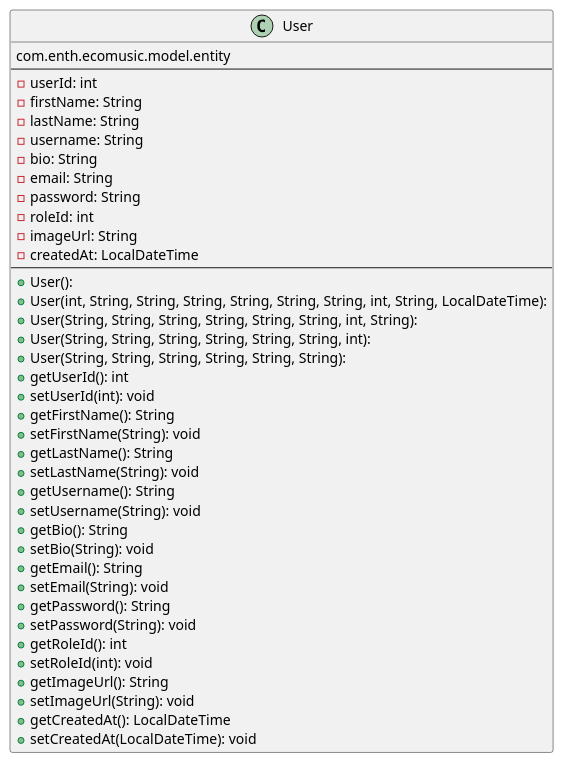
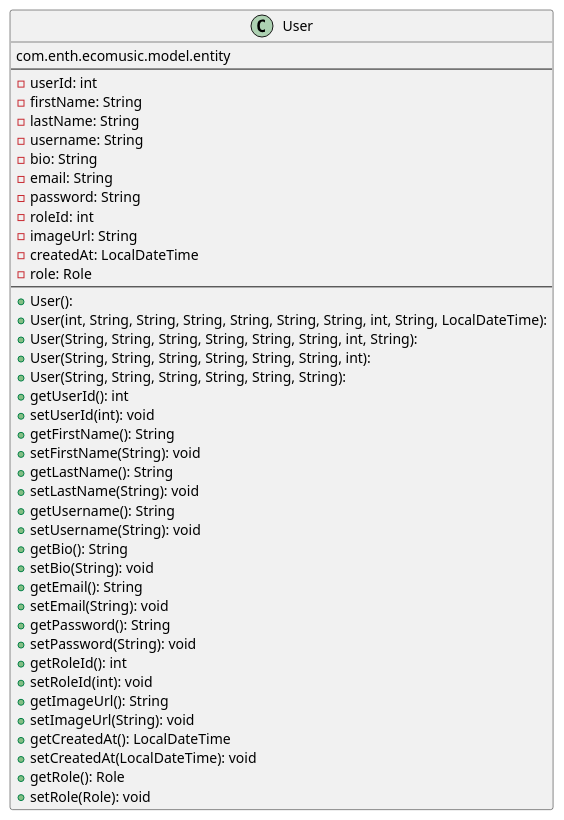
The diagram in output.puml (EnthuWafi/ecomusic), drawn with PlantUML before and after one commit. The commit also changed 11 other files, not shown here.

```diff
--- a/output.puml
+++ b/output.puml
@@ -1,48 +1,51 @@
 @startuml
 skinparam linetype polyline
 
 ' Pattern comments that will be processed by GenUML:
 '!gen_java com.enth.ecomusic.model.entity.User
 class User {
   com.enth.ecomusic.model.entity
   --
   - userId: int
   - firstName: String
   - lastName: String
   - username: String
   - bio: String
   - email: String
   - password: String
   - roleId: int
   - imageUrl: String
   - createdAt: LocalDateTime
+  - role: Role
   --
   + User(): 
   + User(int, String, String, String, String, String, String, int, String, LocalDateTime): 
   + User(String, String, String, String, String, String, int, String): 
   + User(String, String, String, String, String, String, int): 
   + User(String, String, String, String, String, String): 
   + getUserId(): int
   + setUserId(int): void
   + getFirstName(): String
   + setFirstName(String): void
   + getLastName(): String
   + setLastName(String): void
   + getUsername(): String
   + setUsername(String): void
   + getBio(): String
   + setBio(String): void
   + getEmail(): String
   + setEmail(String): void
   + getPassword(): String
   + setPassword(String): void
   + getRoleId(): int
   + setRoleId(int): void
   + getImageUrl(): String
   + setImageUrl(String): void
   + getCreatedAt(): LocalDateTime
   + setCreatedAt(LocalDateTime): void
+  + getRole(): Role
+  + setRole(Role): void
 }
 
 
 @enduml
```
